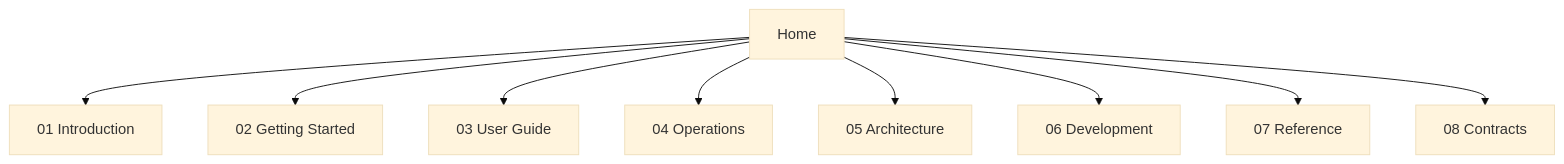
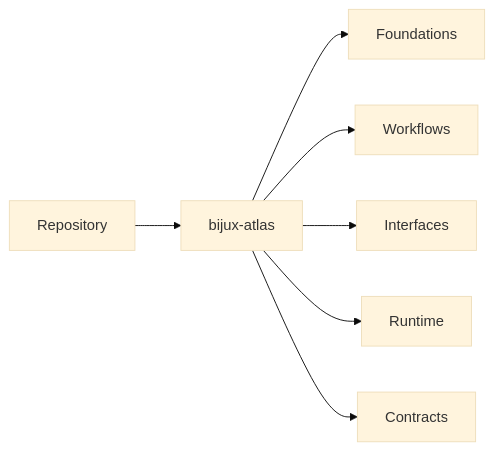
The second of 4 diagrams in docs/index.md (bijux/bijux-atlas), drawn with Mermaid (base theme) before and after one commit. The commit also changed other lines of this file and 4 other files, not shown here.

````diff
--- a/docs/index.md
+++ b/docs/index.md
@@ -39,12 +78,10 @@
 ```mermaid
-flowchart TB
-    home["Home"]
-    home --> intro["01 Introduction"]
-    home --> start["02 Getting Started"]
-    home --> guide["03 User Guide"]
-    home --> ops["04 Operations"]
-    home --> architecture["05 Architecture"]
-    home --> dev["06 Development"]
-    home --> reference["07 Reference"]
-    home --> contracts["08 Contracts"]
+flowchart LR
+    Repository["Repository"]
+    Repository --> Product["bijux-atlas"]
+    Product --> Foundations["Foundations"]
+    Product --> Workflows["Workflows"]
+    Product --> Interfaces["Interfaces"]
+    Product --> Runtime["Runtime"]
+    Product --> Contracts["Contracts"]
 ```
````
